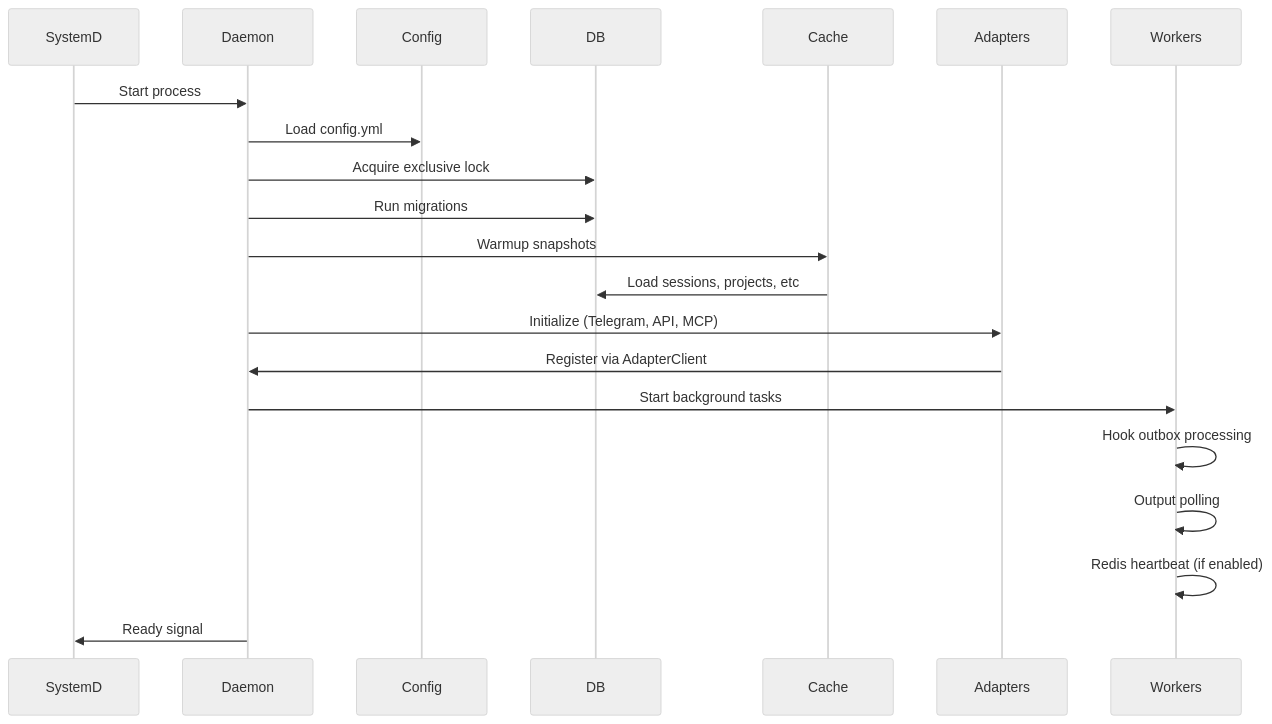
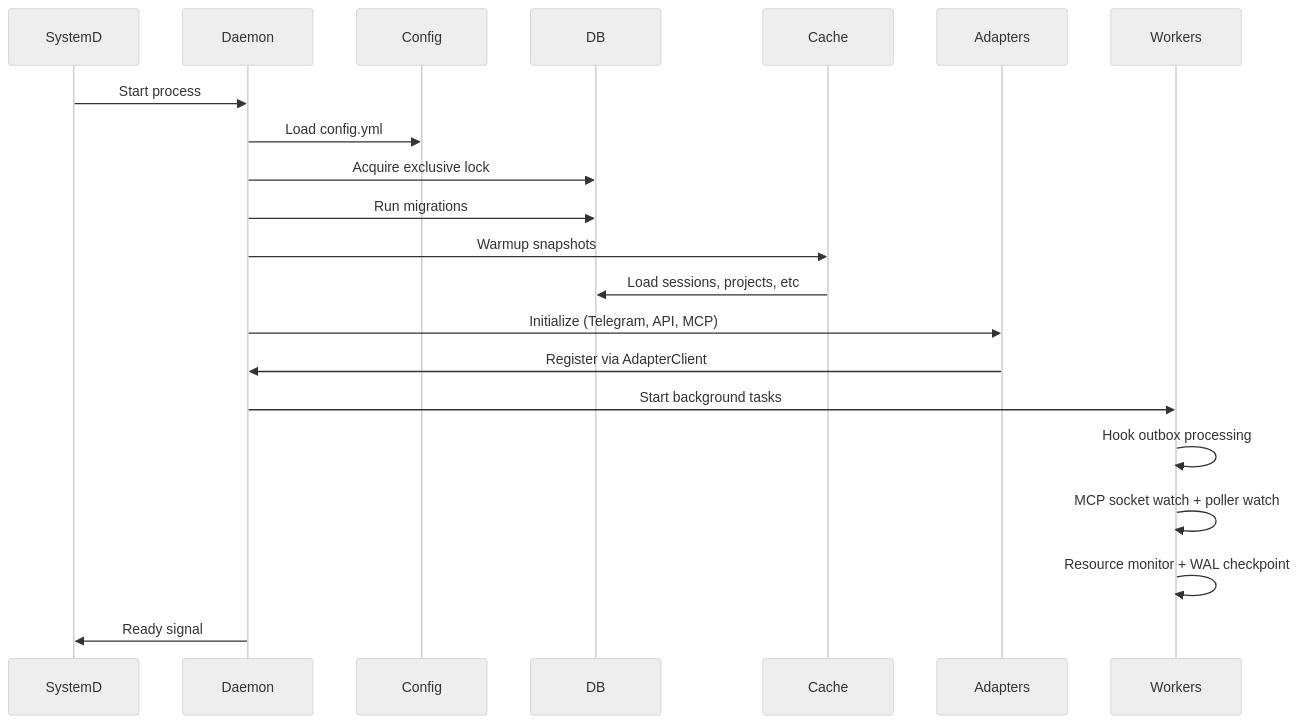
The second of 5 diagrams in docs/project/design/architecture/daemon.md (InstruktAI/TeleClaude), drawn with Mermaid (neutral theme) before and after one commit. The commit also changed other lines of this file and 80 other files, not shown here.

````diff
--- a/docs/project/design/architecture/daemon.md
+++ b/docs/project/design/architecture/daemon.md
@@ -68,24 +66,24 @@
 ```mermaid
 sequenceDiagram
     participant SystemD
     participant Daemon
     participant Config
     participant DB
     participant Cache
     participant Adapters
     participant Workers
 
     SystemD->>Daemon: Start process
     Daemon->>Config: Load config.yml
     Daemon->>DB: Acquire exclusive lock
     Daemon->>DB: Run migrations
     Daemon->>Cache: Warmup snapshots
     Cache->>DB: Load sessions, projects, etc
     Daemon->>Adapters: Initialize (Telegram, API, MCP)
     Adapters->>Daemon: Register via AdapterClient
     Daemon->>Workers: Start background tasks
     Workers->>Workers: Hook outbox processing
-    Workers->>Workers: Output polling
-    Workers->>Workers: Redis heartbeat (if enabled)
+    Workers->>Workers: MCP socket watch + poller watch
+    Workers->>Workers: Resource monitor + WAL checkpoint
     Daemon->>SystemD: Ready signal
 ```
````
